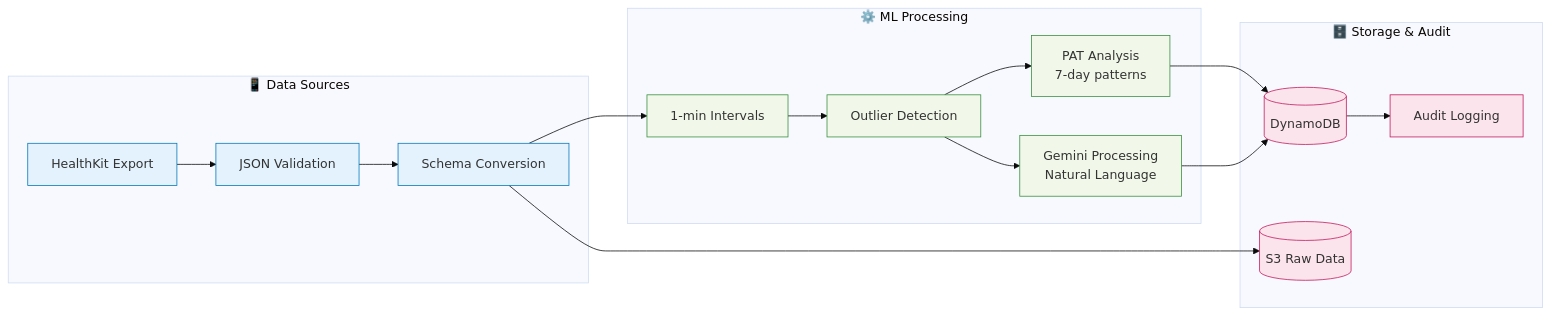
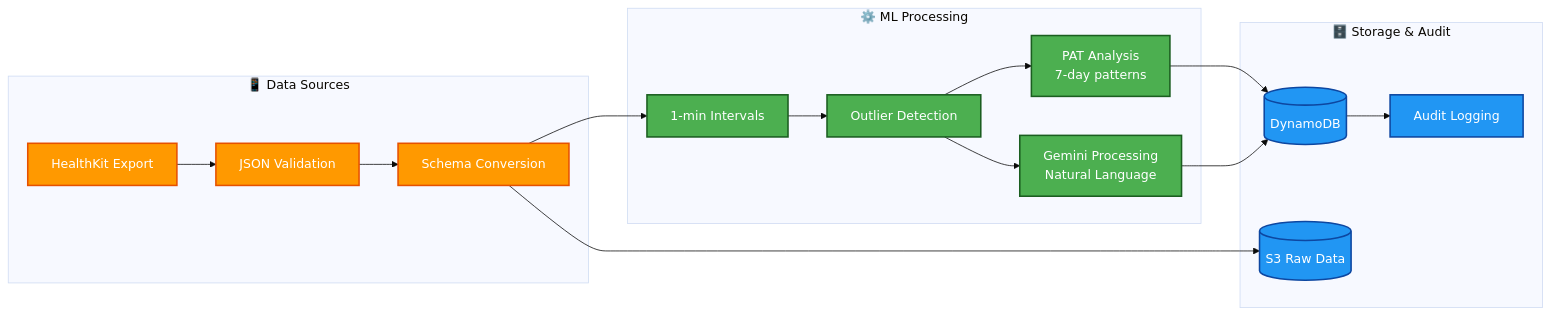
The fourth of 7 diagrams in README.md (Clairty-Digital-Twin/clarity-loop-backend), drawn with Mermaid (base theme) before and after one commit. The commit also changed other lines of this file, not shown here.

````diff
--- a/README.md
+++ b/README.md
@@ -164,38 +164,38 @@
 ```mermaid
 flowchart LR
     subgraph Input ["📱 Data Sources"]
         HK[HealthKit Export]
         JSON[JSON Validation]
         Schema[Schema Conversion]
     end
     
     subgraph Processing ["⚙️ ML Processing"]
         Temporal[1-min Intervals]
         Outlier[Outlier Detection]
         PAT[PAT Analysis<br/>7-day patterns]
         Gemini[Gemini Processing<br/>Natural Language]
     end
     
     subgraph Storage ["🗄️ Storage & Audit"]
         DDB[(DynamoDB)]
         Audit[Audit Logging]
         S3[(S3 Raw Data)]
     end
     
     HK --> JSON --> Schema
     Schema --> Temporal --> Outlier
     Outlier --> PAT
     Outlier --> Gemini
     PAT --> DDB
     Gemini --> DDB
     DDB --> Audit
     Schema --> S3
     
-    classDef input fill:#e3f2fd,stroke:#0277bd
-    classDef processing fill:#f1f8e9,stroke:#388e3c
-    classDef storage fill:#fce4ec,stroke:#c2185b
+    classDef input fill:#ff9900,stroke:#e65100,stroke-width:2px,color:white
+    classDef processing fill:#4caf50,stroke:#1b5e20,stroke-width:2px,color:white
+    classDef storage fill:#2196f3,stroke:#0d47a1,stroke-width:2px,color:white
     
     class HK,JSON,Schema input
     class Temporal,Outlier,PAT,Gemini processing
     class DDB,Audit,S3 storage
 ```
````
